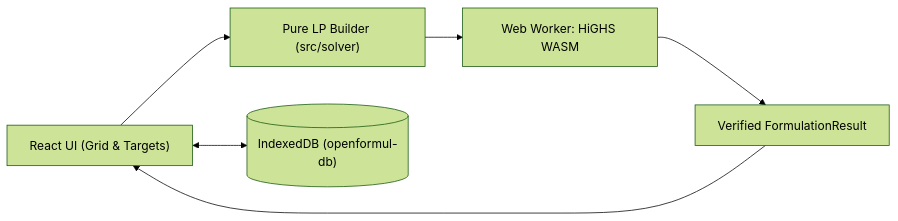
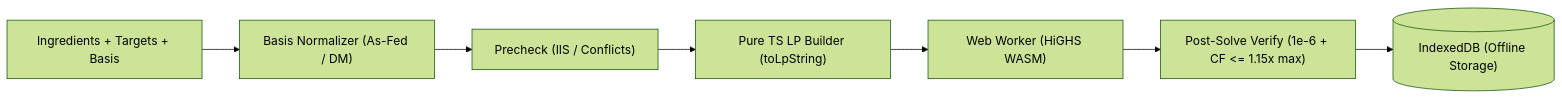
One commit to Widyatama-Pro/Open-Formul changed the diagram in README.md. Above: the diagram before and after it, drawn with Mermaid (forest theme). The commit also changed other lines of this file and 112 other files, not shown here.

````diff
--- a/README.md
+++ b/README.md
@@ -59,8 +55,9 @@
 ```mermaid
 flowchart LR
-  UI["React UI (Grid & Targets)"] --> Builder["Pure LP Builder (src/solver)"]
-  Builder --> Worker["Web Worker: HiGHS WASM"]
-  Worker --> Result["Verified FormulationResult"]
-  Result --> UI
-  UI <--> IDB[("IndexedDB (openformul-db)")]
+  Input["Ingredients + Targets + Basis"] --> Norm["Basis Normalizer (As-Fed / DM)"]
+  Norm --> Precheck["Precheck (IIS / Conflicts)"]
+  Precheck --> Model["Pure TS LP Builder (toLpString)"]
+  Model --> Worker["Web Worker (HiGHS WASM)"]
+  Worker --> Verify["Post-Solve Verify (1e-6 + CF <= 1.15x max)"]
+  Verify --> Store[("IndexedDB (Offline Storage)")]
 ```
````
